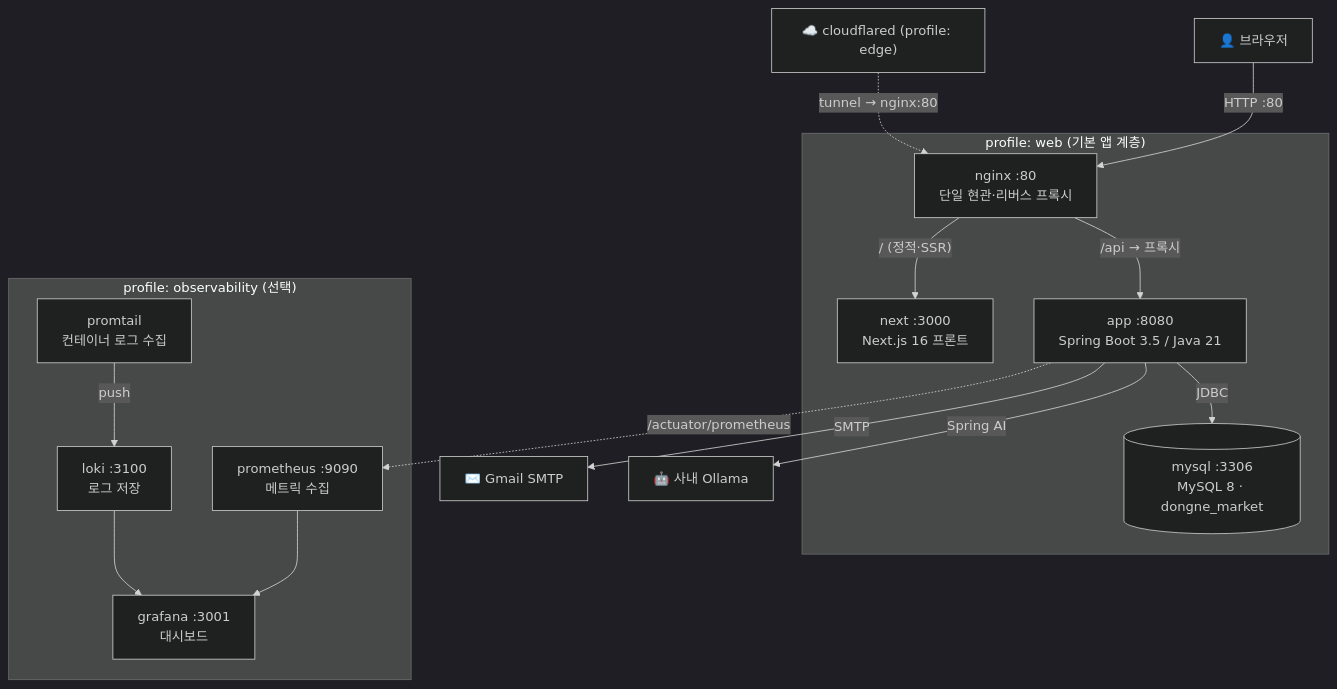
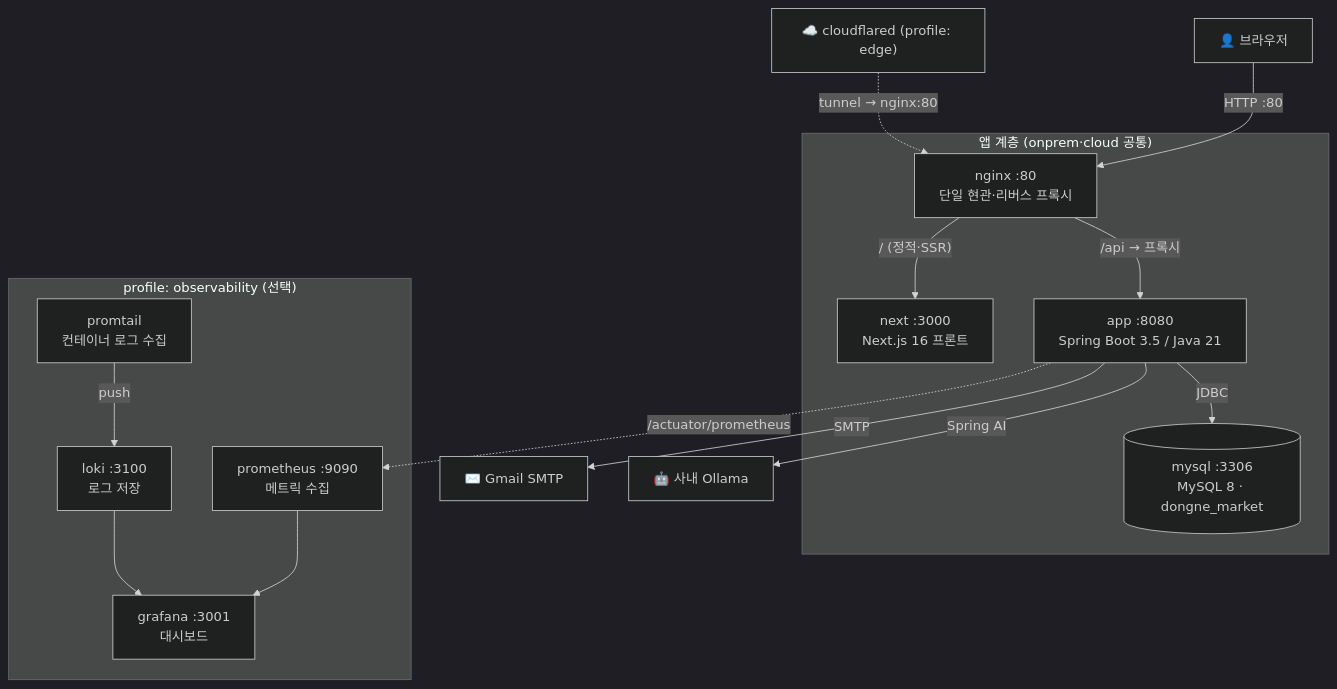
The diagram in docs/architecture/02-container.md (prgrms-be-devcourse/NBE10-12-2-Team7), drawn with Mermaid (dark theme) before and after one commit. The commit also changed other lines of this file and 15 other files, not shown here.

````diff
--- a/docs/architecture/02-container.md
+++ b/docs/architecture/02-container.md
@@ -7,36 +7,36 @@
 ```mermaid
 graph TB
     browser["👤 브라우저"]
 
-    subgraph web["profile: web (기본 앱 계층)"]
+    subgraph web["앱 계층 (onprem·cloud 공통)"]
         nginx["nginx :80<br/>단일 현관·리버스 프록시"]
         next["next :3000<br/>Next.js 16 프론트"]
         app["app :8080<br/>Spring Boot 3.5 / Java 21"]
         mysql[("mysql :3306<br/>MySQL 8 · dongne_market")]
     end
 
     subgraph obs["profile: observability (선택)"]
         promtail["promtail<br/>컨테이너 로그 수집"]
         loki["loki :3100<br/>로그 저장"]
         prometheus["prometheus :9090<br/>메트릭 수집"]
         grafana["grafana :3001<br/>대시보드"]
     end
 
     gmail["✉️ Gmail SMTP"]
     ollama["🤖 사내 Ollama"]
     cf["☁️ cloudflared (profile: edge)"]
 
     browser -->|"HTTP :80"| nginx
     nginx -->|"/ (정적·SSR)"| next
     nginx -->|"/api → 프록시"| app
     app -->|"JDBC"| mysql
     app -->|"SMTP"| gmail
     app -->|"Spring AI"| ollama
 
     app -.->|"/actuator/prometheus"| prometheus
     promtail -->|"push"| loki
     prometheus --> grafana
     loki --> grafana
 
     cf -.->|"tunnel → nginx:80"| nginx
 ```
````
